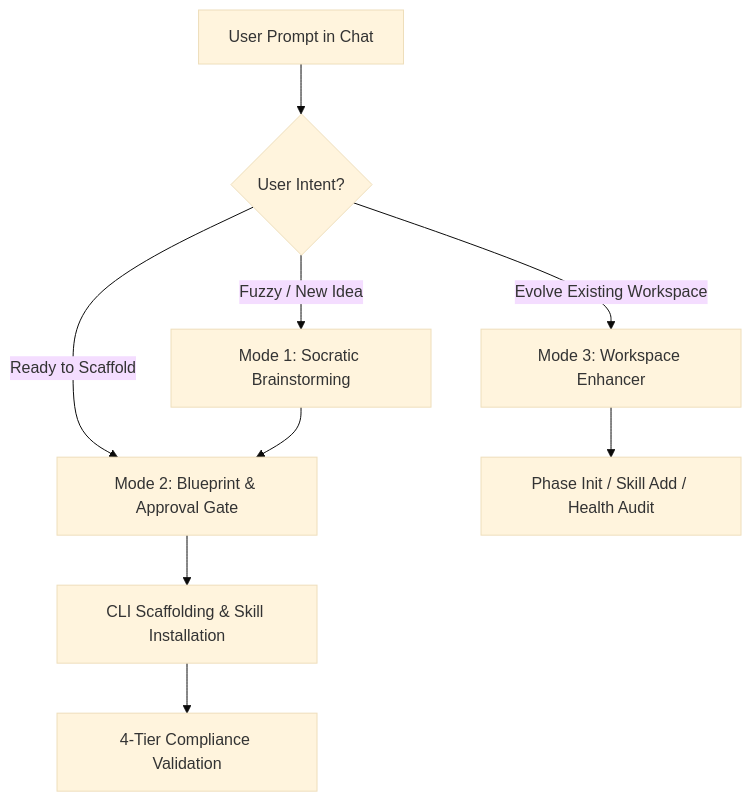
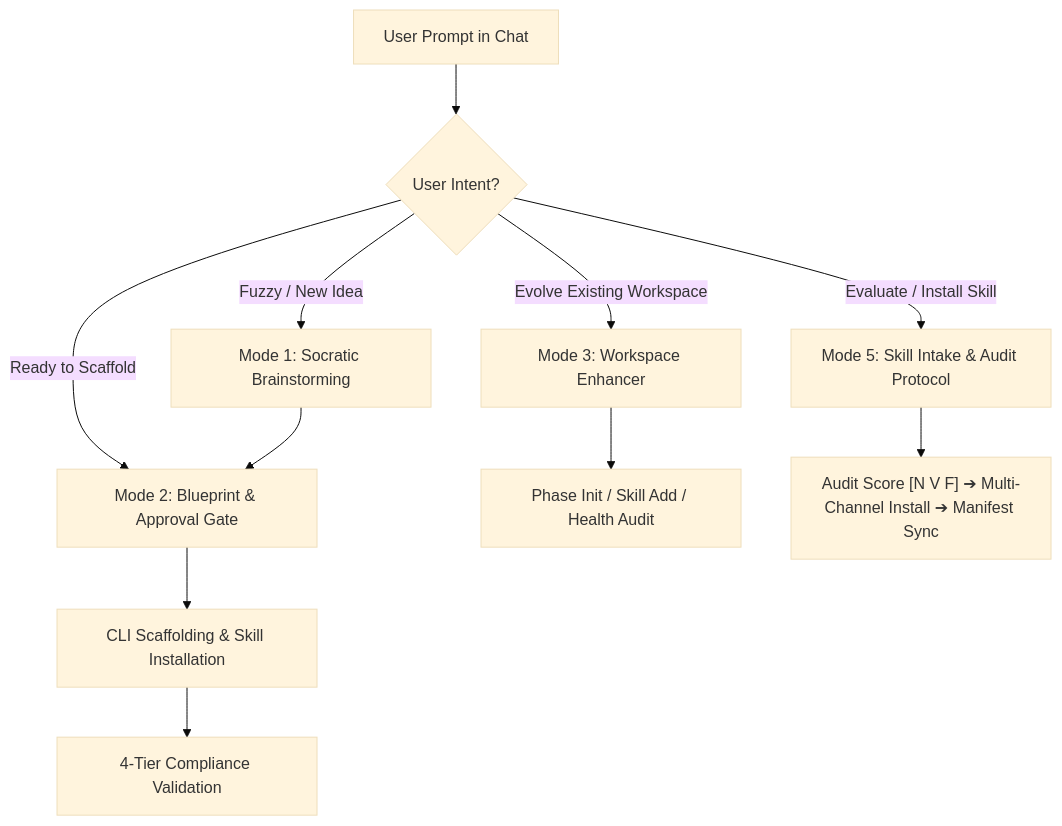
The diagram in skills/workspace-architect/SKILL.md (sarmad4444/icm-factory), drawn with Mermaid (base theme) before and after one commit. The commit also changed other lines of this file and 5 other files, not shown here.

Commit message:
feat(skills): add universal skill governance, 4-dimension audit scoring, and workspace hygiene guard

````diff
--- a/skills/workspace-architect/SKILL.md
+++ b/skills/workspace-architect/SKILL.md
@@ -27,12 +28,14 @@
 ```mermaid
 graph TD
     A["User Prompt in Chat"] --> B{"User Intent?"}
     B -->|"Fuzzy / New Idea"| C["Mode 1: Socratic Brainstorming"]
     B -->|"Ready to Scaffold"| D["Mode 2: Blueprint & Approval Gate"]
     B -->|"Evolve Existing Workspace"| E["Mode 3: Workspace Enhancer"]
+    B -->|"Evaluate / Install Skill"| F["Mode 5: Skill Intake & Audit Protocol"]
     
     C --> D
-    D --> F["CLI Scaffolding & Skill Installation"]
-    F --> G["4-Tier Compliance Validation"]
-    E --> H["Phase Init / Skill Add / Health Audit"]
+    D --> G["CLI Scaffolding & Skill Installation"]
+    G --> H["4-Tier Compliance Validation"]
+    E --> I["Phase Init / Skill Add / Health Audit"]
+    F --> J["Audit Score [N V F] ➔ Multi-Channel Install ➔ Manifest Sync"]
 ```
````
